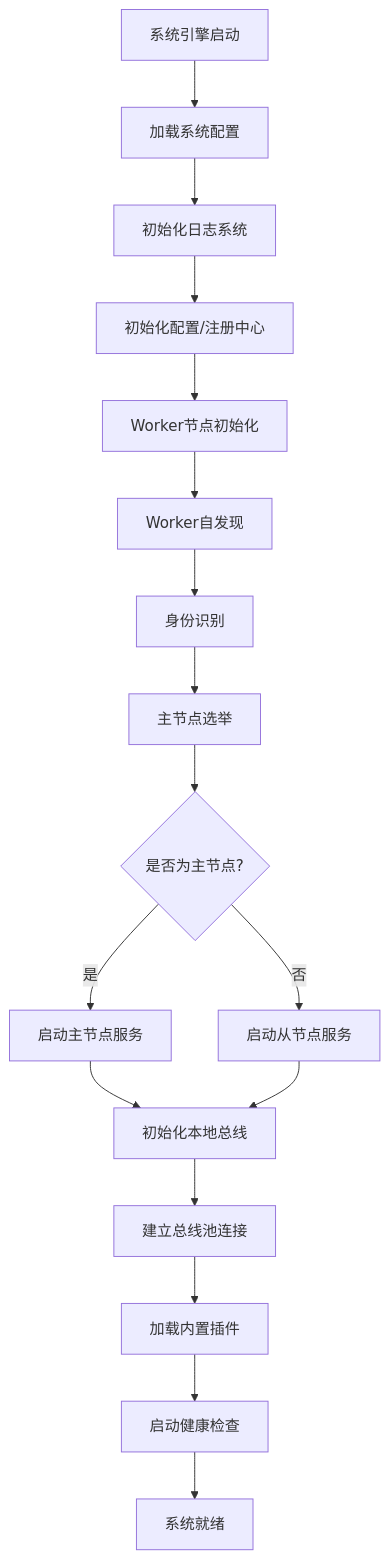
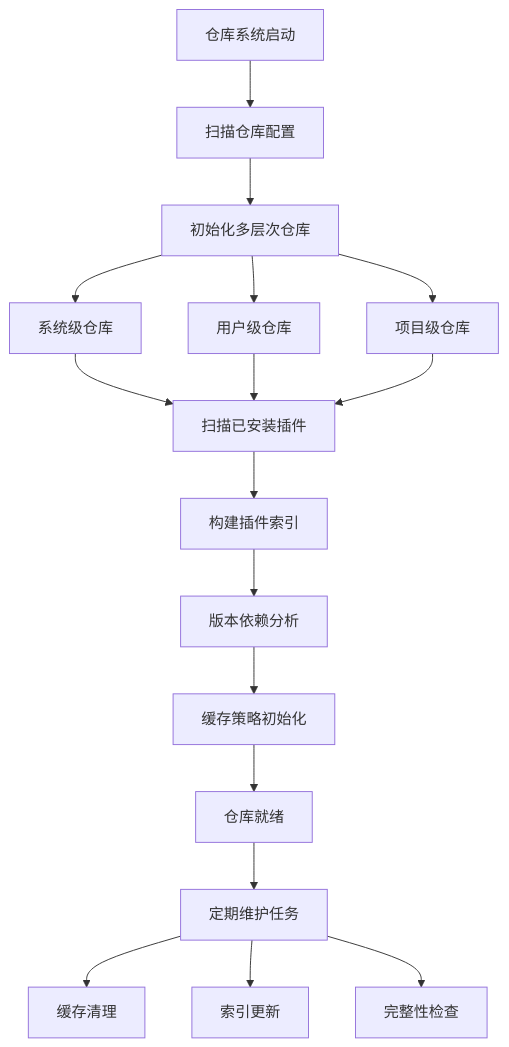
Before and after one commit to ababbabbb/flask_plugins: the second of 7 diagrams in docs/design/20250601.md, drawn with Mermaid. The commit also changed other lines of this file and 6 other files, not shown here.

````diff
--- a/docs/design/20250601.md
+++ b/docs/design/20250601.md
@@ -188,23 +577,23 @@
 ```mermaid
 graph TD
-    A[系统引擎启动] --> B1[加载系统配置]
-    B1 --> B2[初始化日志系统]
-    B2 --> B3[初始化配置/注册中心]
-    B3 --> C1[Worker节点初始化]
-    
-    C1 --> C2[Worker自发现]
-    C2 --> C3[身份识别]
-    C3 --> D1[主节点选举]
-    
-    D1 --> D2{是否为主节点?}
-    D2 -->|是| D3[启动主节点服务]
-    D2 -->|否| D4[启动从节点服务]
-    
-    D3 --> E1[初始化本地总线]
-    D4 --> E1
-    
-    E1 --> E2[建立总线池连接]
-    E2 --> F1[加载内置插件]
-    F1 --> F2[启动健康检查]
-    F2 --> G[系统就绪]
+    A[仓库系统启动] --> B1[扫描仓库配置]
+    B1 --> B2[初始化多层次仓库]
+  
+    B2 --> C1[系统级仓库]
+    B2 --> C2[用户级仓库]
+    B2 --> C3[项目级仓库]
+  
+    C1 --> D1[扫描已安装插件]
+    C2 --> D1
+    C3 --> D1
+  
+    D1 --> D2[构建插件索引]
+    D2 --> D3[版本依赖分析]
+    D3 --> D4[缓存策略初始化]
+  
+    D4 --> E1[仓库就绪]
+    E1 --> E2[定期维护任务]
+    E2 --> E3[缓存清理]
+    E2 --> E4[索引更新]
+    E2 --> E5[完整性检查]
 ```
````
